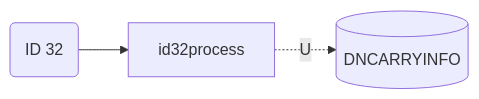
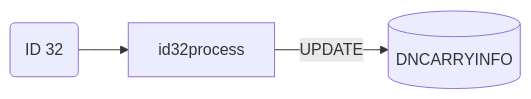
Before and after one commit to luthfiadityaa/SimeDarby-Wiki: the fifth of 9 diagrams in Basic-Design/DFD-WMS/Retrieval/Unplanned-Retrieval-from-HP-Area.md, drawn with Mermaid.

Commit message:
Updated Unplanned Retrieval from HP Area

```diff
--- a/Basic-Design/DFD-WMS/Retrieval/Unplanned-Retrieval-from-HP-Area.md
+++ b/Basic-Design/DFD-WMS/Retrieval/Unplanned-Retrieval-from-HP-Area.md
@@ -240,14 +240,14 @@
 ::: mermaid
 flowchart LR
 
 id32("
 ID 32
 ")
 
 id32-update[("
 DNCARRYINFO
 ")]
 
 id32-->id32process
-id32process-.U.->id32-update
+id32process--> |UPDATE| id32-update
 :::
```
